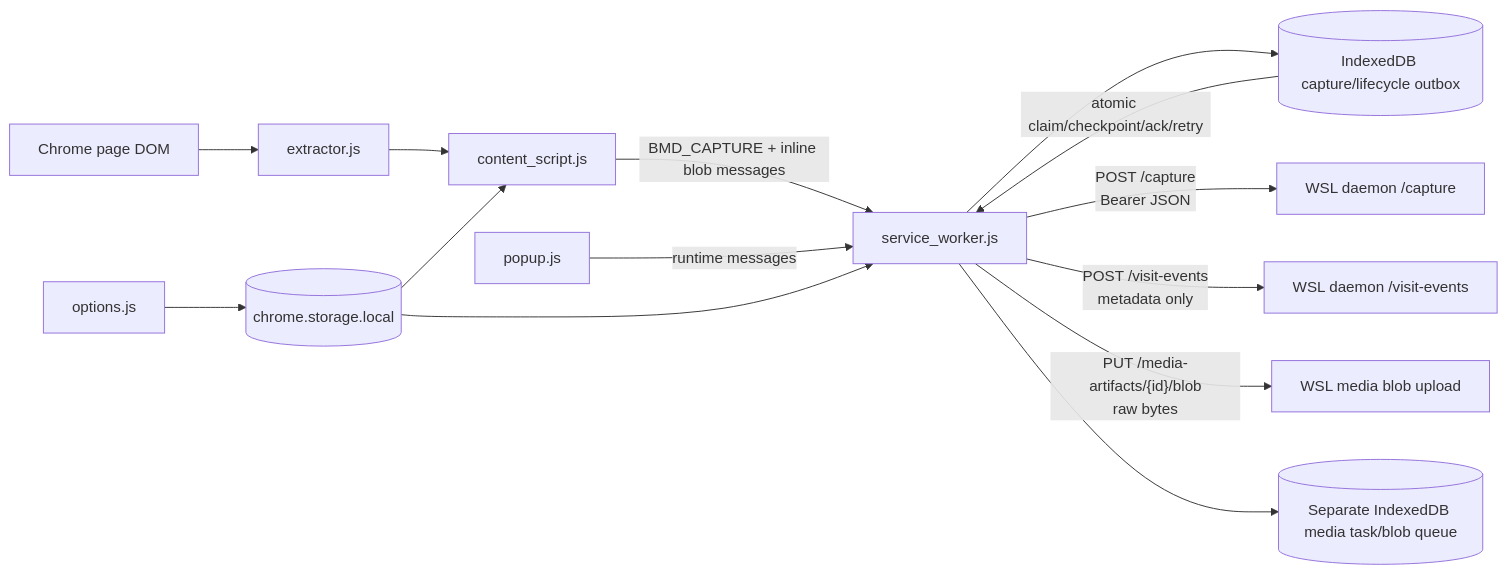
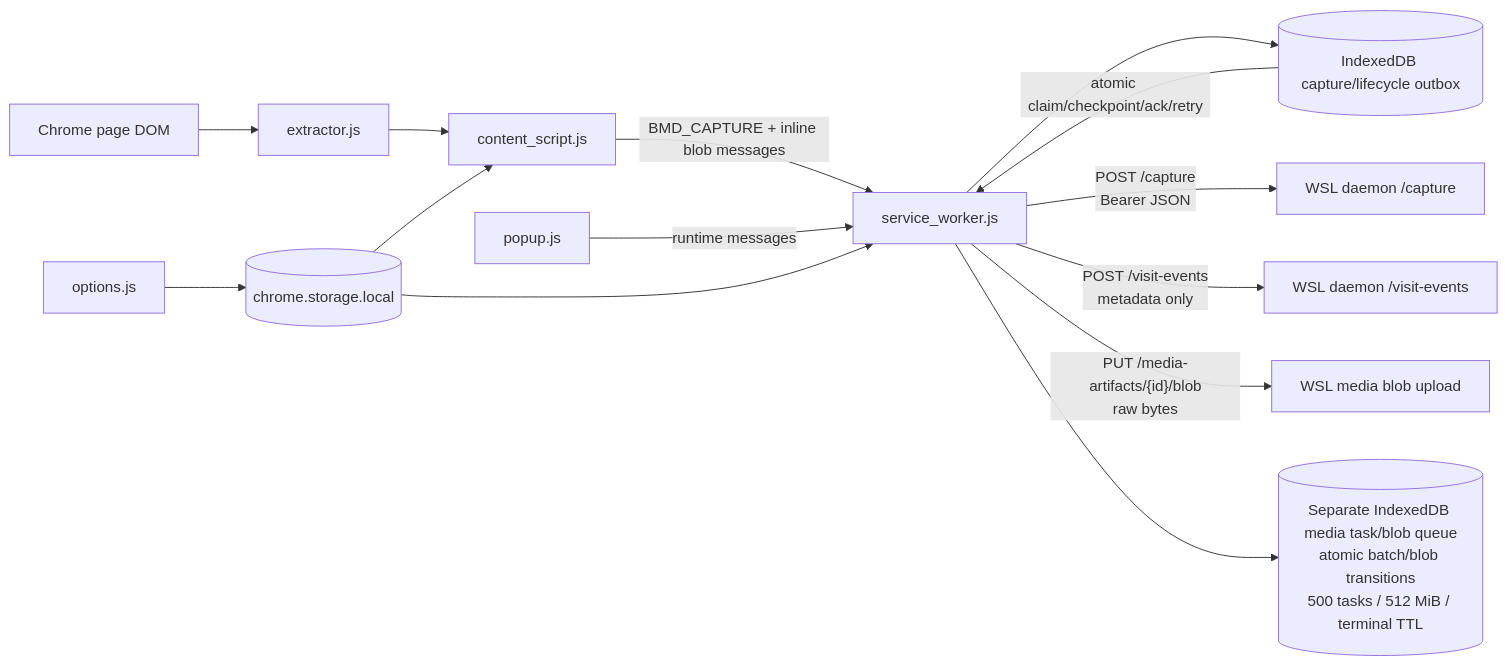
One commit to michaelnicks0/browser-memory-daemon changed the first of 8 diagrams in docs/DIAGRAMS.md. Above: the diagram before and after it, drawn with Mermaid. The commit also changed 38 other files, not shown here.

Commit message:
feat(extension): harden media task and blob lifecycle

````diff
--- a/docs/DIAGRAMS.md
+++ b/docs/DIAGRAMS.md
@@ -28,16 +28,16 @@
 ```mermaid
 flowchart LR
   Page["Chrome page DOM"] --> Extractor["extractor.js"]
   Extractor --> Content["content_script.js"]
   Content -->|"BMD_CAPTURE + inline blob messages"| ServiceWorker["service_worker.js"]
   ServiceWorker --> Outbox[("IndexedDB capture/lifecycle outbox")]
   Outbox -->|"atomic claim/checkpoint/ack/retry"| ServiceWorker
   ServiceWorker -->|"POST /capture<br/>Bearer JSON"| DaemonCapture["WSL daemon /capture"]
   ServiceWorker -->|"POST /visit-events<br/>metadata only"| DaemonVisit["WSL daemon /visit-events"]
   ServiceWorker -->|"PUT /media-artifacts/{id}/blob<br/>raw bytes"| DaemonMedia["WSL media blob upload"]
-  ServiceWorker --> MediaIDB[("Separate IndexedDB media task/blob queue")]
+  ServiceWorker --> MediaIDB[("Separate IndexedDB media task/blob queue<br/>atomic batch/blob transitions<br/>500 tasks / 512 MiB / terminal TTL")]
   Popup["popup.js"] -->|"runtime messages"| ServiceWorker
   Options["options.js"] --> Storage[("chrome.storage.local")]
   Storage --> Content
   Storage --> ServiceWorker
 ```
````
